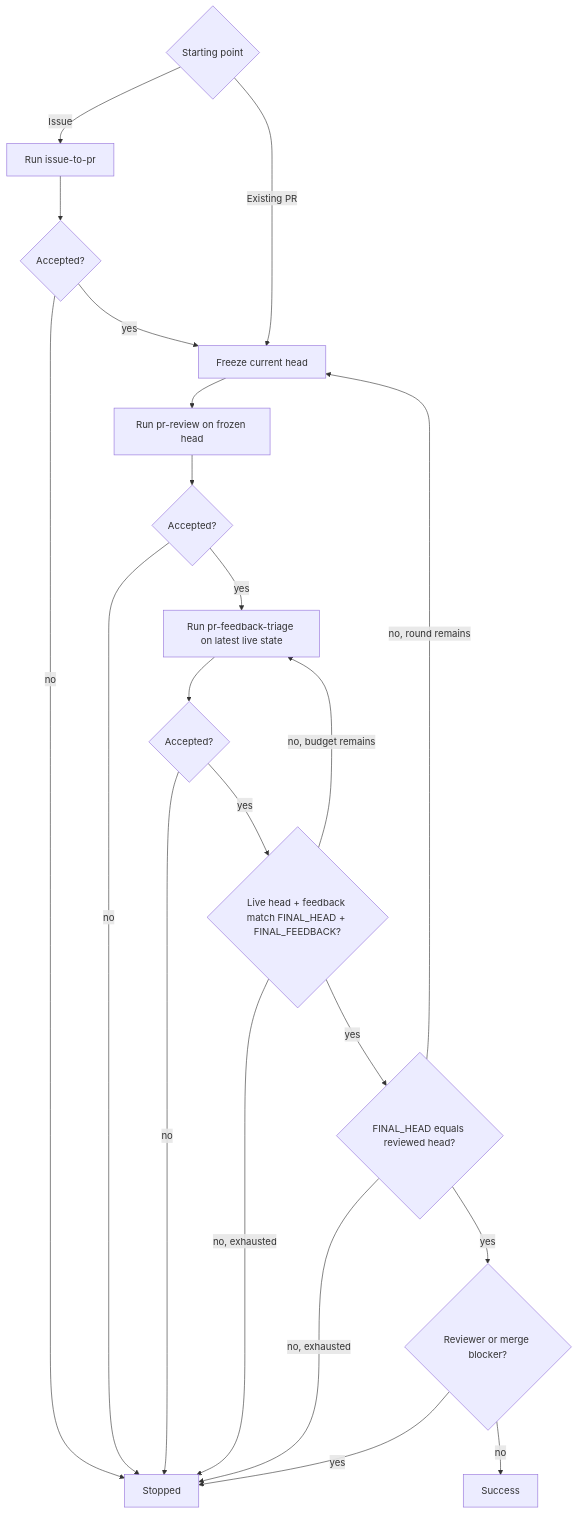
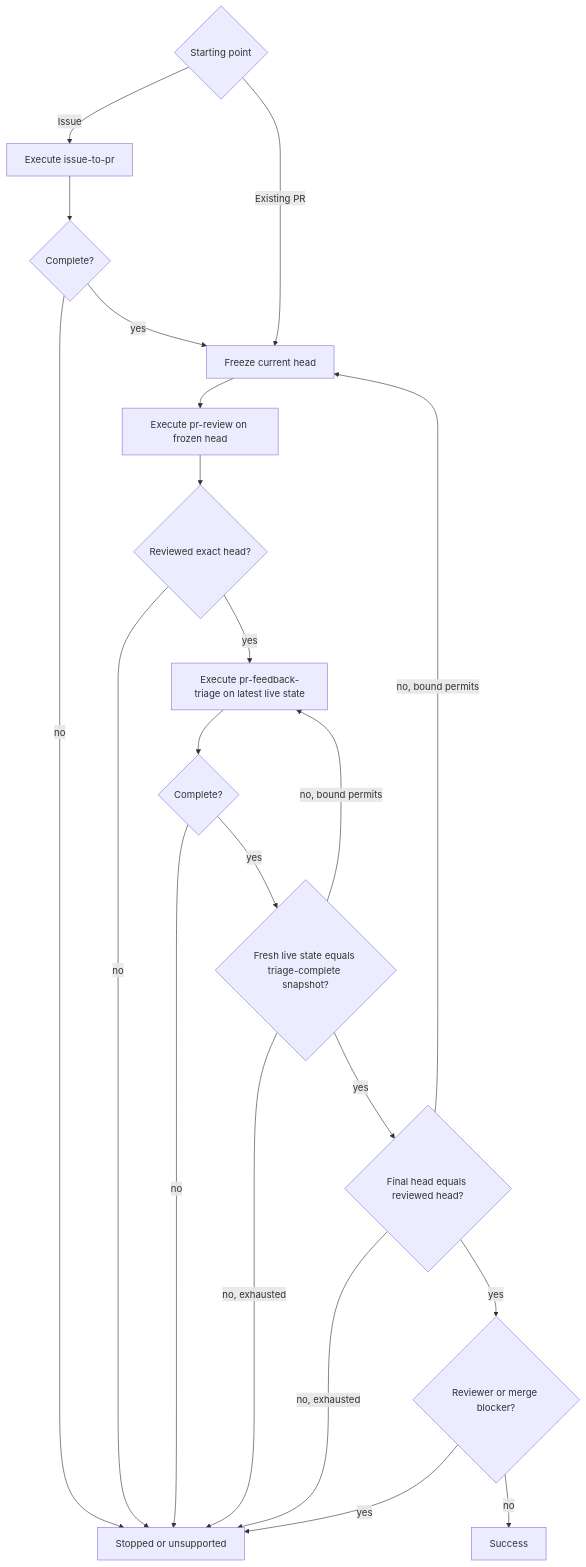
One commit to dceoy/pr-loop changed the diagram in skills/pr-loop/SKILL.md. Above: the diagram before and after it, drawn with Mermaid. The commit also changed other lines of this file and 4 other files, not shown here.

````diff
--- a/skills/pr-loop/SKILL.md
+++ b/skills/pr-loop/SKILL.md
@@ -34,23 +35,23 @@
 ```mermaid
 flowchart TD
-  S{Starting point} -->|Issue| I[Run issue-to-pr]
+  S{Starting point} -->|Issue| I[Execute issue-to-pr]
   S -->|Existing PR| A[Freeze current head]
-  I --> J{Accepted?}
-  J -->|no| X[Stopped]
+  I --> J{Complete?}
+  J -->|no| X[Stopped or unsupported]
   J -->|yes| A
-  A --> B[Run pr-review on frozen head]
-  B --> C{Accepted?}
+  A --> B[Execute pr-review on frozen head]
+  B --> C{Reviewed exact head?}
   C -->|no| X
-  C -->|yes| D[Run pr-feedback-triage on latest live state]
-  D --> E{Accepted?}
+  C -->|yes| D[Execute pr-feedback-triage on latest live state]
+  D --> E{Complete?}
   E -->|no| X
-  E -->|yes| F{Live head + feedback match FINAL_HEAD + FINAL_FEEDBACK?}
-  F -->|no, budget remains| D
+  E -->|yes| F{Fresh live state equals triage-complete snapshot?}
+  F -->|no, bound permits| D
   F -->|no, exhausted| X
-  F -->|yes| G{FINAL_HEAD equals reviewed head?}
-  G -->|no, round remains| A
+  F -->|yes| G{Final head equals reviewed head?}
+  G -->|no, bound permits| A
   G -->|no, exhausted| X
   G -->|yes| H{Reviewer or merge blocker?}
   H -->|yes| X
   H -->|no| Y[Success]
 ```
````
